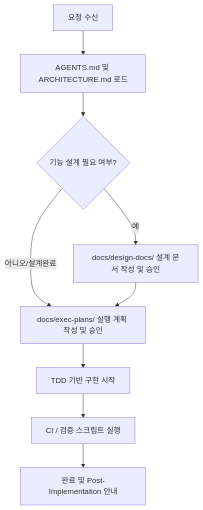
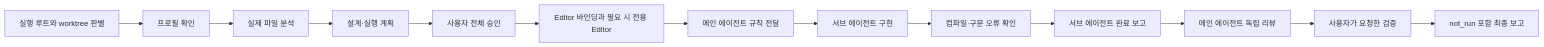
Before and after one commit to frod2793/howItWorks: the diagram in .agents/docs/onboarding/agent-quickstart.md, drawn with Mermaid. The commit also changed other lines of this file and 103 other files, not shown here.

````diff
--- a/.agents/docs/onboarding/agent-quickstart.md
+++ b/.agents/docs/onboarding/agent-quickstart.md
@@ -12,11 +76,15 @@
 ```mermaid
-graph TD
-    A[요청 수신] --> B[AGENTS.md 및 ARCHITECTURE.md 로드]
-    B --> C{기능 설계 필요 여부?}
-    C -- 예 --> D[docs/design-docs/ 설계 문서 작성 및 승인]
-    C -- 아니오/설계완료 --> E[docs/exec-plans/ 실행 계획 작성 및 승인]
-    D --> E
-    E --> F[TDD 기반 구현 시작]
-    F --> G[CI / 검증 스크립트 실행]
-    G --> H[완료 및 Post-Implementation 안내]
+flowchart LR
+    A[실행 루트와 worktree 판별] --> B[프로필 확인]
+    B --> C[실제 파일 분석]
+    C --> D[설계·실행 계획]
+    D --> E[사용자 전체 승인]
+    E --> F[Editor 바인딩과 필요 시 전용 Editor]
+    F --> G[메인 에이전트 규칙 전달]
+    G --> H[서브 에이전트 구현]
+    H --> I[컴파일·구문 오류 확인]
+    I --> J[서브 에이전트 완료 보고]
+    J --> K[메인 에이전트 독립 리뷰]
+    K --> L[사용자가 요청한 검증]
+    L --> M[not_run 포함 최종 보고]
 ```
````
